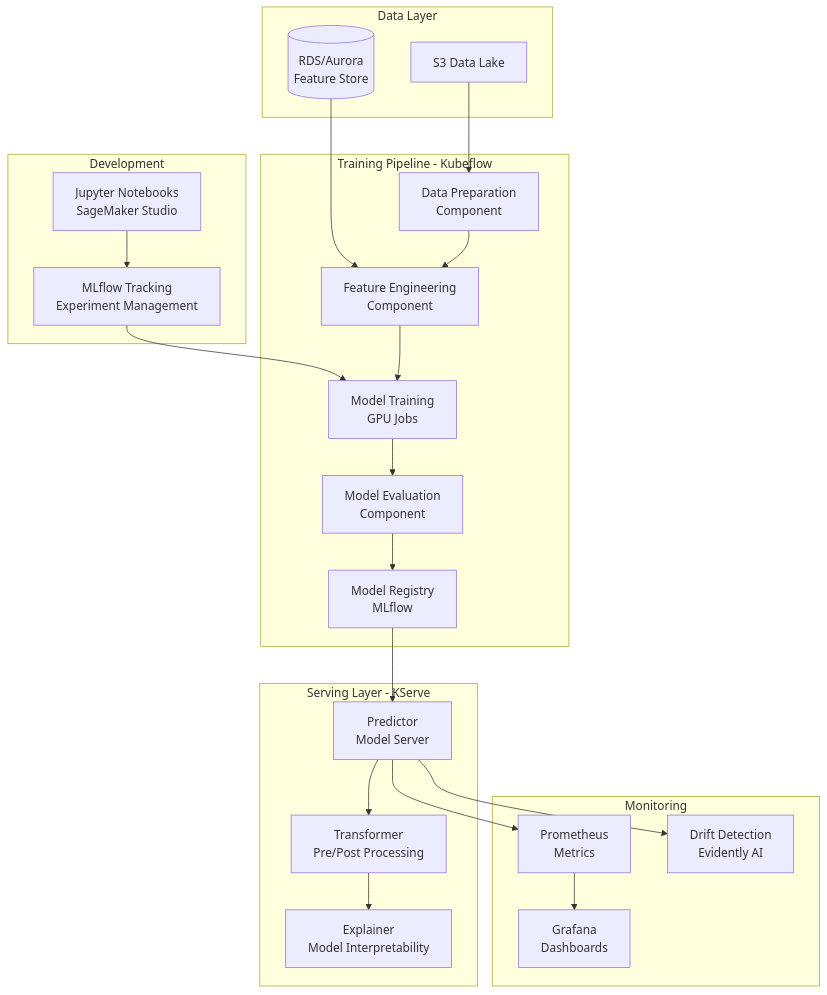
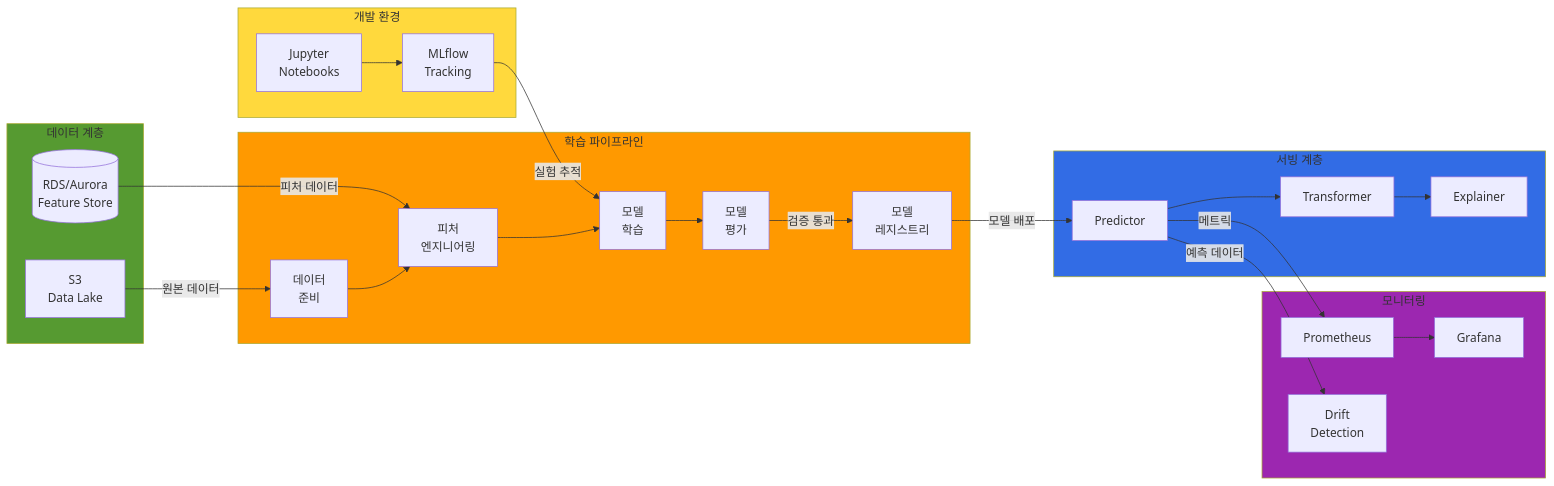
One commit to devfloor9/engineering-playbook changed the first of 6 diagrams in docs/agentic-ai-platform/operations-mlops/mlops-pipeline-eks.md. Above: the diagram before and after it, drawn with Mermaid. The commit also changed other lines of this file and 24 other files, not shown here.

````diff
--- a/docs/agentic-ai-platform/operations-mlops/mlops-pipeline-eks.md
+++ b/docs/agentic-ai-platform/operations-mlops/mlops-pipeline-eks.md
@@ -37,50 +37,56 @@
 ```mermaid
-flowchart TB
-    subgraph "Data Layer"
-        S3[S3 Data Lake]
+flowchart LR
+    subgraph Data["데이터 계층"]
+        S3[S3<br/>Data Lake]
         RDS[(RDS/Aurora<br/>Feature Store)]
     end
-    
-    subgraph "Development"
-        NOTEBOOK[Jupyter Notebooks<br/>SageMaker Studio]
-        EXPERIMENT[MLflow Tracking<br/>Experiment Management]
+
+    subgraph Dev["개발 환경"]
+        NOTEBOOK[Jupyter<br/>Notebooks]
+        EXPERIMENT[MLflow<br/>Tracking]
     end
-    
-    subgraph "Training Pipeline - Kubeflow"
-        DATA_PREP[Data Preparation<br/>Component]
-        FEATURE_ENG[Feature Engineering<br/>Component]
-        TRAIN[Model Training<br/>GPU Jobs]
-        EVAL[Model Evaluation<br/>Component]
-        REGISTER[Model Registry<br/>MLflow]
+
+    subgraph Training["학습 파이프라인"]
+        DATA_PREP[데이터<br/>준비]
+        FEATURE_ENG[피처<br/>엔지니어링]
+        TRAIN[모델<br/>학습]
+        EVAL[모델<br/>평가]
+        REGISTER[모델<br/>레지스트리]
     end
-    
-    subgraph "Serving Layer - KServe"
-        PREDICTOR[Predictor<br/>Model Server]
-        TRANSFORMER[Transformer<br/>Pre/Post Processing]
-        EXPLAINER[Explainer<br/>Model Interpretability]
+
+    subgraph Serving["서빙 계층"]
+        PREDICTOR[Predictor]
+        TRANSFORMER[Transformer]
+        EXPLAINER[Explainer]
     end
-    
-    subgraph "Monitoring"
-        PROMETHEUS[Prometheus<br/>Metrics]
-        GRAFANA[Grafana<br/>Dashboards]
-        DRIFT[Drift Detection<br/>Evidently AI]
+
+    subgraph Monitor["모니터링"]
+        PROMETHEUS[Prometheus]
+        GRAFANA[Grafana]
+        DRIFT[Drift<br/>Detection]
     end
-    
-    S3 --> DATA_PREP
-    RDS --> FEATURE_ENG
+
+    S3 -->|원본 데이터| DATA_PREP
+    RDS -->|피처 데이터| FEATURE_ENG
     NOTEBOOK --> EXPERIMENT
-    EXPERIMENT --> TRAIN
-    
+    EXPERIMENT -->|실험 추적| TRAIN
+
     DATA_PREP --> FEATURE_ENG
     FEATURE_ENG --> TRAIN
     TRAIN --> EVAL
-    EVAL --> REGISTER
-    
-    REGISTER --> PREDICTOR
+    EVAL -->|검증 통과| REGISTER
+
+    REGISTER -->|모델 배포| PREDICTOR
     PREDICTOR --> TRANSFORMER
     TRANSFORMER --> EXPLAINER
-    
-    PREDICTOR --> PROMETHEUS
+
+    PREDICTOR -->|메트릭| PROMETHEUS
     PROMETHEUS --> GRAFANA
-    PREDICTOR --> DRIFT
+    PREDICTOR -->|예측 데이터| DRIFT
+
+    style Data fill:#569a31
+    style Dev fill:#ffd93d
+    style Training fill:#ff9900
+    style Serving fill:#326ce5
+    style Monitor fill:#9c27b0
 ```
````
